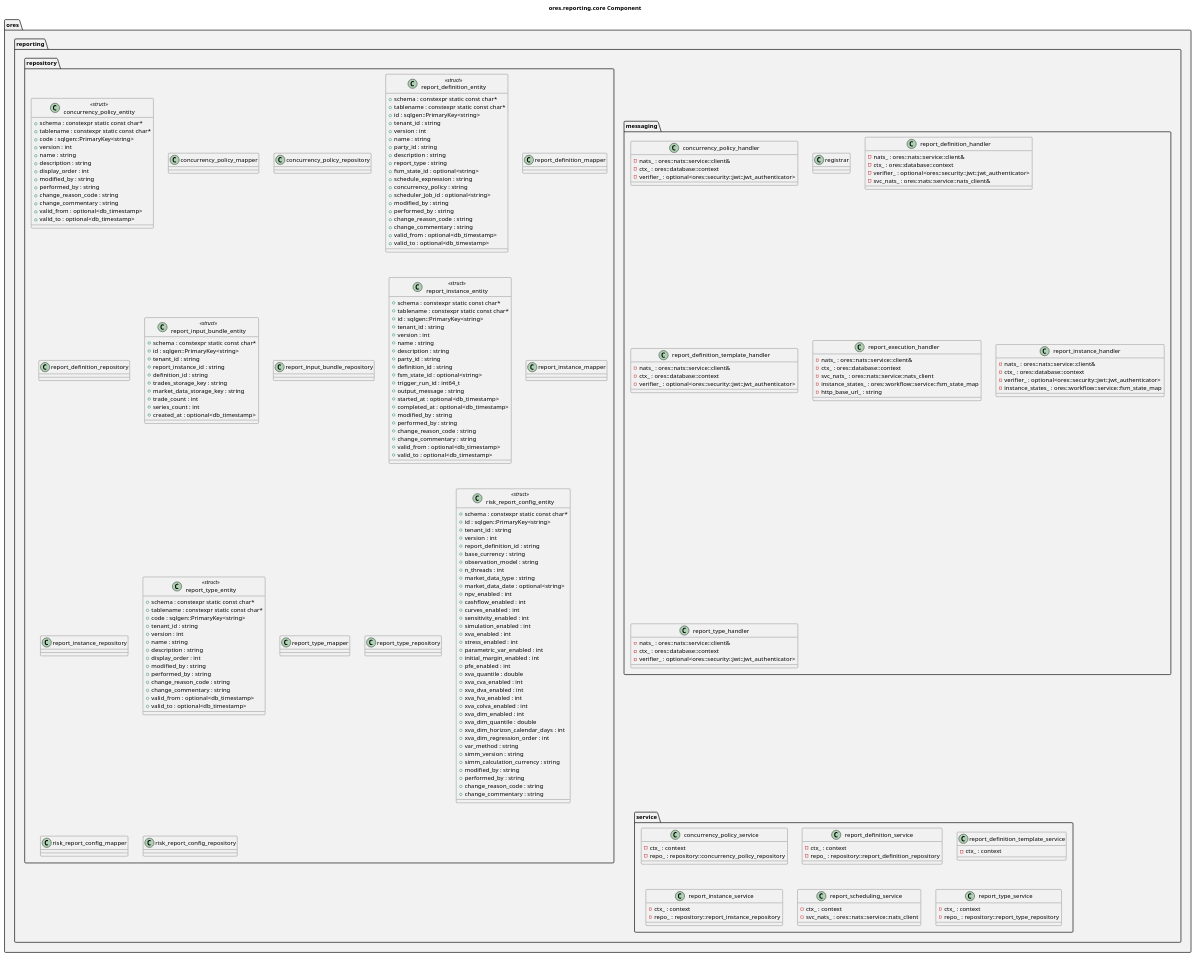
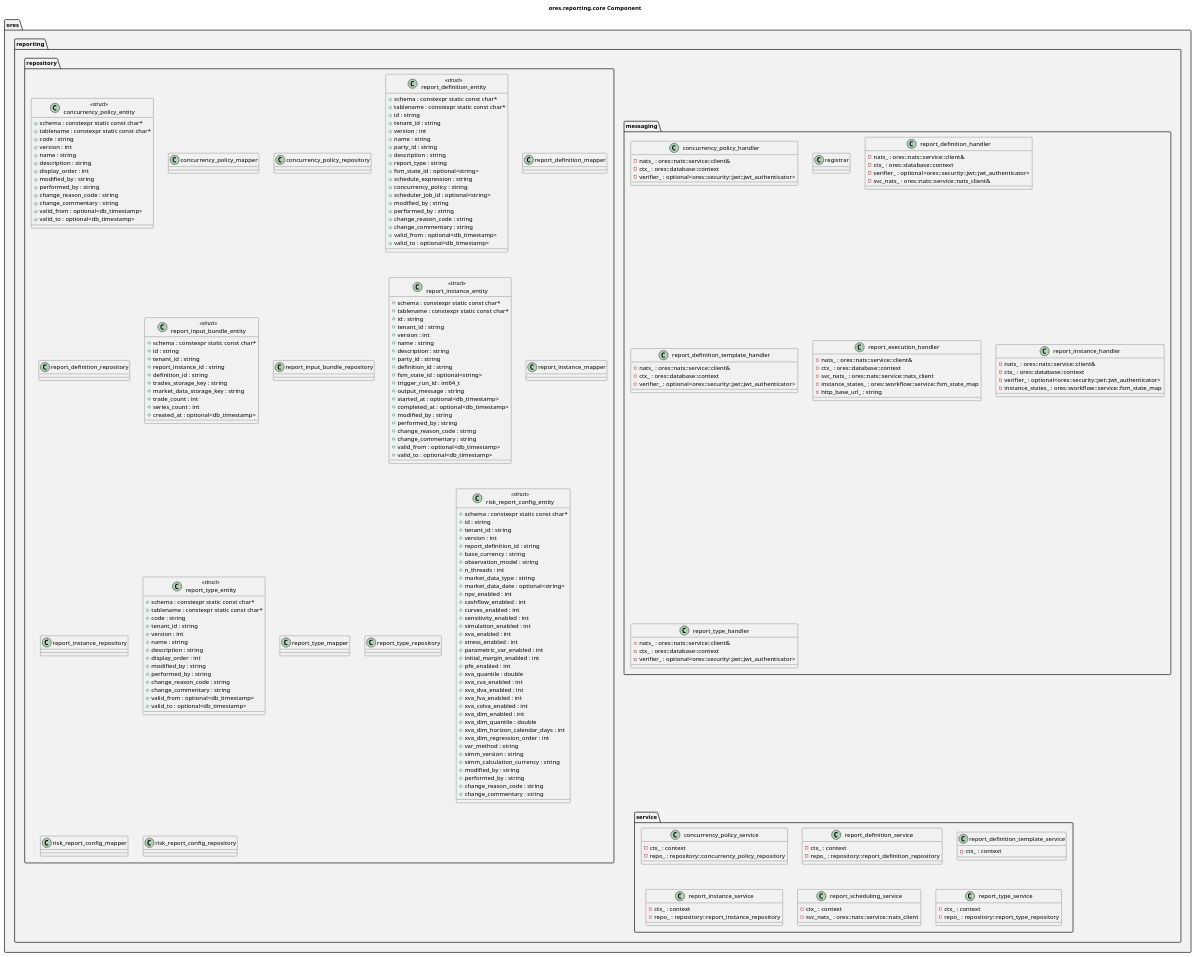
The diagram in projects/ores.reporting/core/modeling/ores.reporting.core.puml (OreStudio/OreStudio), drawn with PlantUML before and after one commit. The commit also changed 271 other files, not shown here.

First line of the commit message:
[doc] Document the postgres architecture without sqlgen

```diff
--- a/projects/ores.reporting/core/modeling/ores.reporting.core.puml
+++ b/projects/ores.reporting/core/modeling/ores.reporting.core.puml
@@ -65,7 +65,7 @@
             class concurrency_policy_entity <<struct>> {
                 +schema : constexpr static const char*
                 +tablename : constexpr static const char*
-                +code : sqlgen::PrimaryKey<string>
+                +code : string
                 +version : int
                 +name : string
                 +description : string
@@ -84,7 +84,7 @@
             class report_definition_entity <<struct>> {
                 +schema : constexpr static const char*
                 +tablename : constexpr static const char*
-                +id : sqlgen::PrimaryKey<string>
+                +id : string
                 +tenant_id : string
                 +version : int
                 +name : string
@@ -108,7 +108,7 @@
             }
             class report_input_bundle_entity <<struct>> {
                 +schema : constexpr static const char*
-                +id : sqlgen::PrimaryKey<string>
+                +id : string
                 +tenant_id : string
                 +report_instance_id : string
                 +definition_id : string
@@ -123,7 +123,7 @@
             class report_instance_entity <<struct>> {
                 +schema : constexpr static const char*
                 +tablename : constexpr static const char*
-                +id : sqlgen::PrimaryKey<string>
+                +id : string
                 +tenant_id : string
                 +version : int
                 +name : string
@@ -149,7 +149,7 @@
             class report_type_entity <<struct>> {
                 +schema : constexpr static const char*
                 +tablename : constexpr static const char*
-                +code : sqlgen::PrimaryKey<string>
+                +code : string
                 +tenant_id : string
                 +version : int
                 +name : string
@@ -168,7 +168,7 @@
             }
             class risk_report_config_entity <<struct>> {
                 +schema : constexpr static const char*
-                +id : sqlgen::PrimaryKey<string>
+                +id : string
                 +tenant_id : string
                 +version : int
                 +report_definition_id : string
```
